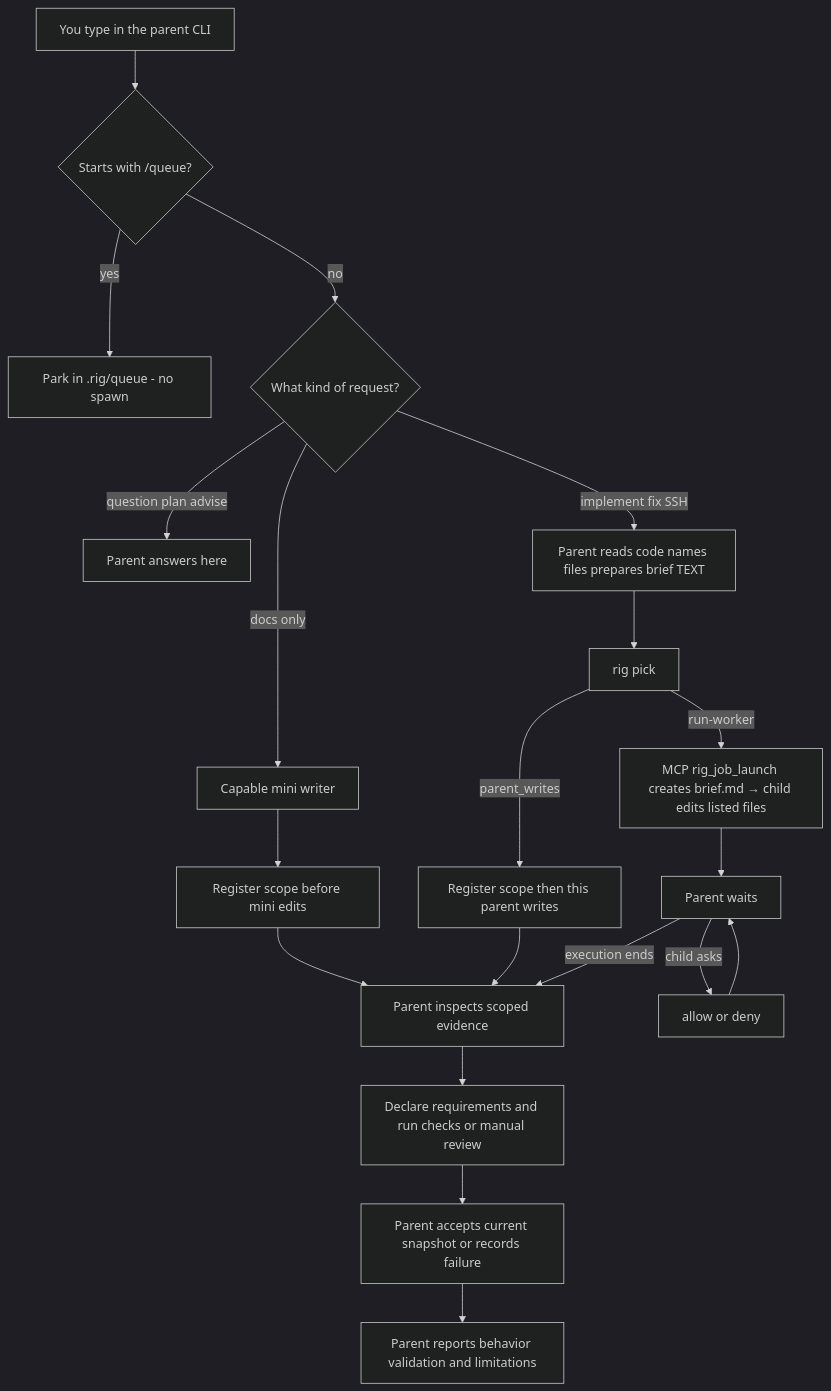
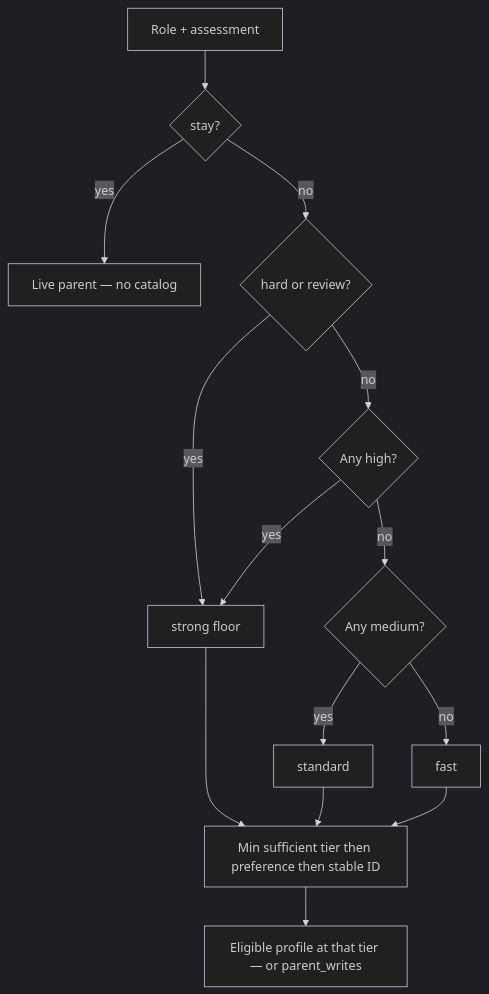
The second of 2 diagrams in README.md (Brasth/Rig), drawn with Mermaid (dark theme) before and after one commit. The commit also changed other lines of this file, not shown here.

````diff
--- a/README.md
+++ b/README.md
@@ -58,23 +129,16 @@
 ```mermaid
 flowchart TD
-  you[You type in the parent CLI]
-  you --> q{Starts with /queue?}
-  q -->|yes| park["Park in .rig/queue - no spawn"]
-  q -->|no| kind{What kind of request?}
-  kind -->|question plan advise| stay[Parent answers here]
-  kind -->|docs only| mini[Capable mini writer]
-  kind -->|implement fix SSH| check[Parent reads code names files prepares brief TEXT]
-  check --> pick[rig pick]
-  pick -->|run-worker| child[MCP rig_job_launch creates brief.md → child edits listed files]
-  pick -->|parent_writes| self[Register scope then this parent writes]
-  mini --> miniStart[Register scope before mini edits]
-  miniStart --> evidence
-  self --> evidence[Parent inspects scoped evidence]
-  child --> wait[Parent waits]
-  wait -->|child asks| allow[allow or deny]
-  allow --> wait
-  wait -->|execution ends| evidence
-  evidence --> checks[Declare requirements and run checks or manual review]
-  checks --> accept[Parent accepts current snapshot or records failure]
-  accept --> report[Parent reports behavior validation and limitations]
+  role[Role + assessment] --> stay{stay?}
+  stay -->|yes| parentAns[Live parent — no catalog]
+  stay -->|no| hr{hard or review?}
+  hr -->|yes| strong[strong floor]
+  hr -->|no| high{Any high?}
+  high -->|yes| strong
+  high -->|no| med{Any medium?}
+  med -->|yes| standard[standard]
+  med -->|no| fast[fast]
+  strong --> pick[Min sufficient tier then preference then stable ID]
+  standard --> pick
+  fast --> pick
+  pick --> launch[Eligible profile at that tier — or parent_writes]
 ```
````
